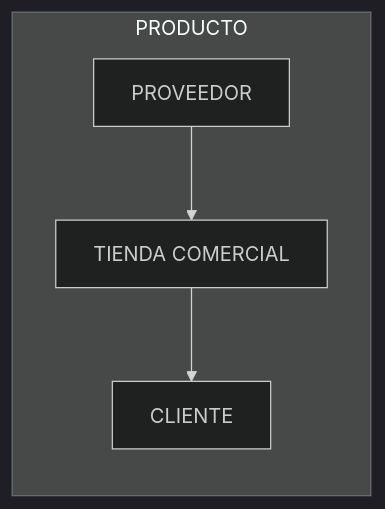
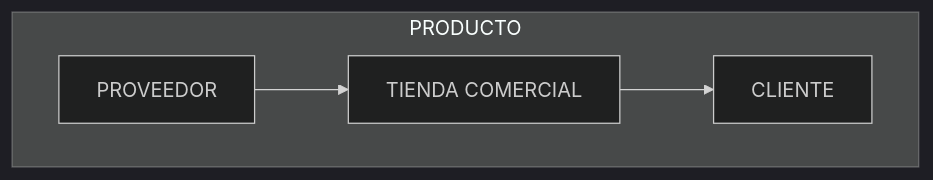
Before and after one commit to rosendocamal/homeworks: the first of 30 diagrams in 4to-Cuatrimestre/fundamentos-base-datos/proyecto/proyecto.md, drawn with Mermaid (dark theme). The commit also changed other lines of this file and 5 other files, not shown here.

````diff
--- a/4to-Cuatrimestre/fundamentos-base-datos/proyecto/proyecto.md
+++ b/4to-Cuatrimestre/fundamentos-base-datos/proyecto/proyecto.md
@@ -50,10 +50,10 @@
 ```mermaid
-flowchart LR
+flowchart 
 	subgraph PRODUCTO
 		PROVEEDOR
 		TIENDA[TIENDA COMERCIAL]
 		CLIENTE
 	end
 	PROVEEDOR --> TIENDA
 	TIENDA --> CLIENTE
 ```
````
